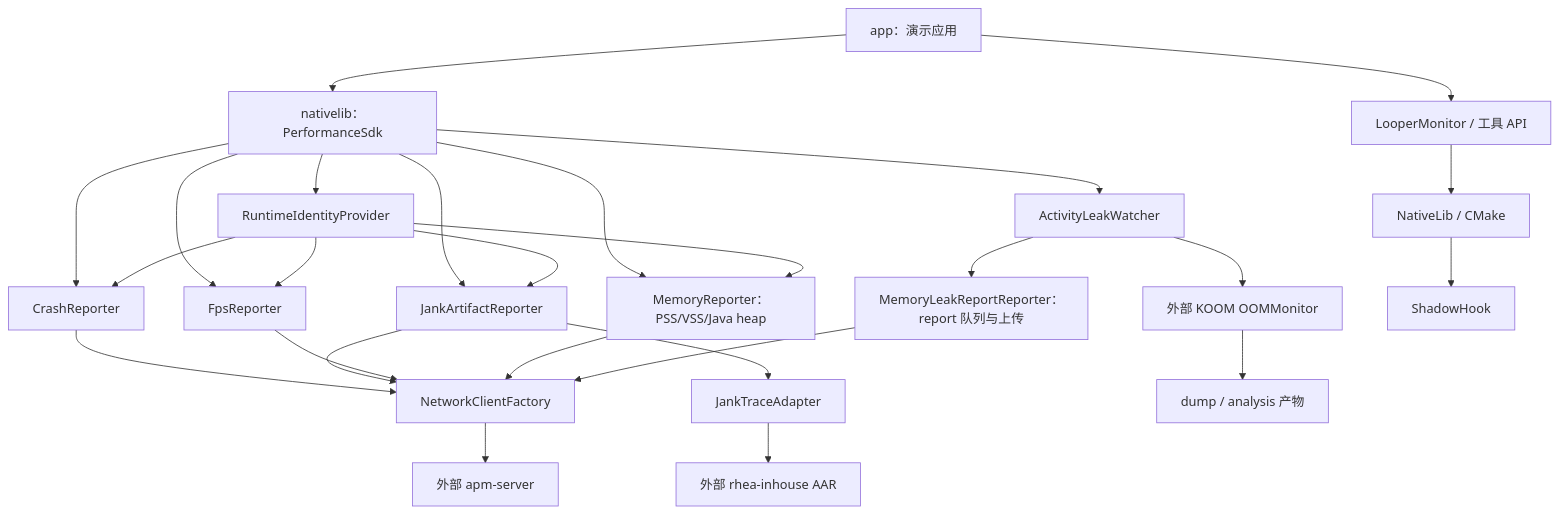
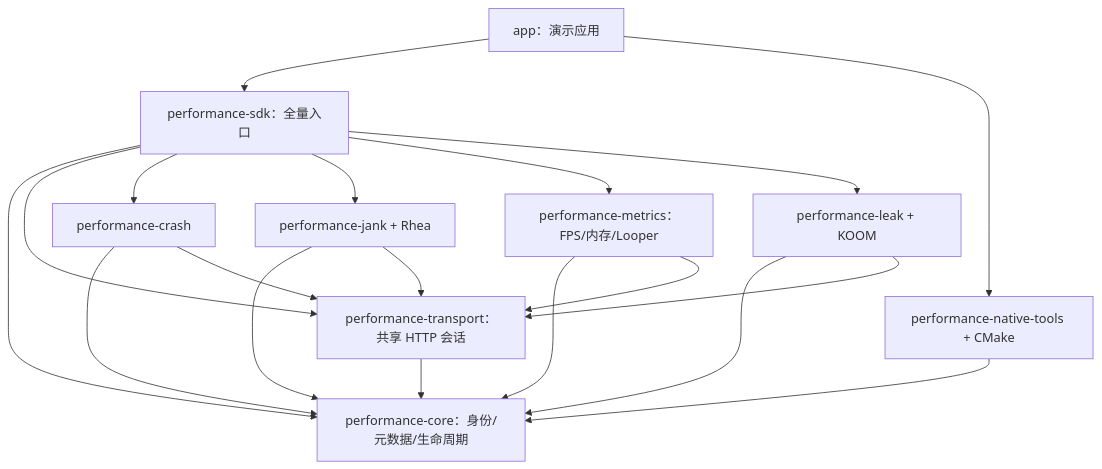
Before and after one commit to mashanshui/Performance: the diagram in docs/knowledge-base/01-模块架构与源码导航.md, drawn with Mermaid. The commit also changed other lines of this file and 251 other files, not shown here.

```diff
--- a/docs/knowledge-base/01-模块架构与源码导航.md
+++ b/docs/knowledge-base/01-模块架构与源码导航.md
@@ -7,28 +7,21 @@
 ~~~mermaid
 flowchart TD
-    App["app：演示应用"] --> SDK["nativelib：PerformanceSdk"]
-    App --> Looper["LooperMonitor / 工具 API"]
-    SDK --> Identity["RuntimeIdentityProvider"]
-    SDK --> Crash["CrashReporter"]
-    SDK --> Jank["JankArtifactReporter"]
-    SDK --> FPS["FpsReporter"]
-    SDK --> Memory["MemoryReporter：PSS/VSS/Java heap"]
-    SDK --> Leak["ActivityLeakWatcher"]
-    Crash --> Net["NetworkClientFactory"]
-    Jank --> Net
-    FPS --> Net
-    Memory --> Net
-    Identity --> Crash
-    Identity --> Jank
-    Identity --> FPS
-    Identity --> Memory
-    Jank --> Adapter["JankTraceAdapter"]
-    Adapter --> Rhea["外部 rhea-inhouse AAR"]
-    Leak --> KOOM["外部 KOOM OOMMonitor"]
-    KOOM --> Hprof["dump / analysis 产物"]
-    Leak --> LeakReport["MemoryLeakReportReporter：report 队列与上传"]
-    LeakReport --> Net
-    Looper --> JNI["NativeLib / CMake"]
-    JNI --> Hook["ShadowHook"]
-    Net --> Server["外部 apm-server"]
+    App["app：演示应用"] --> SDK["performance-sdk：全量入口"]
+    SDK --> Core["performance-core：身份/元数据/生命周期"]
+    SDK --> Transport["performance-transport：共享 HTTP 会话"]
+    SDK --> Crash["performance-crash"]
+    SDK --> Jank["performance-jank + Rhea"]
+    SDK --> Metrics["performance-metrics：FPS/内存/Looper"]
+    SDK --> Leak["performance-leak + KOOM"]
+    App --> Native["performance-native-tools + CMake"]
+    Crash --> Core
+    Crash --> Transport
+    Jank --> Core
+    Jank --> Transport
+    Metrics --> Core
+    Metrics --> Transport
+    Leak --> Core
+    Leak --> Transport
+    Native --> Core
+    Transport --> Core
 ~~~
```
